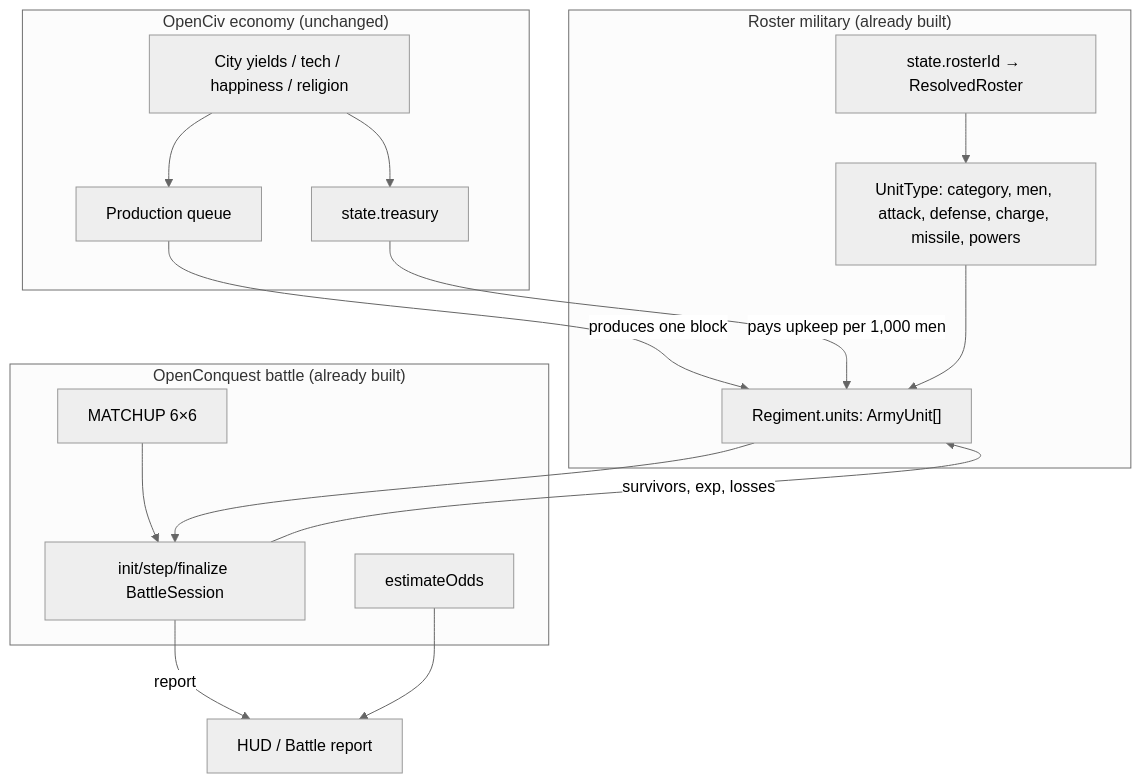
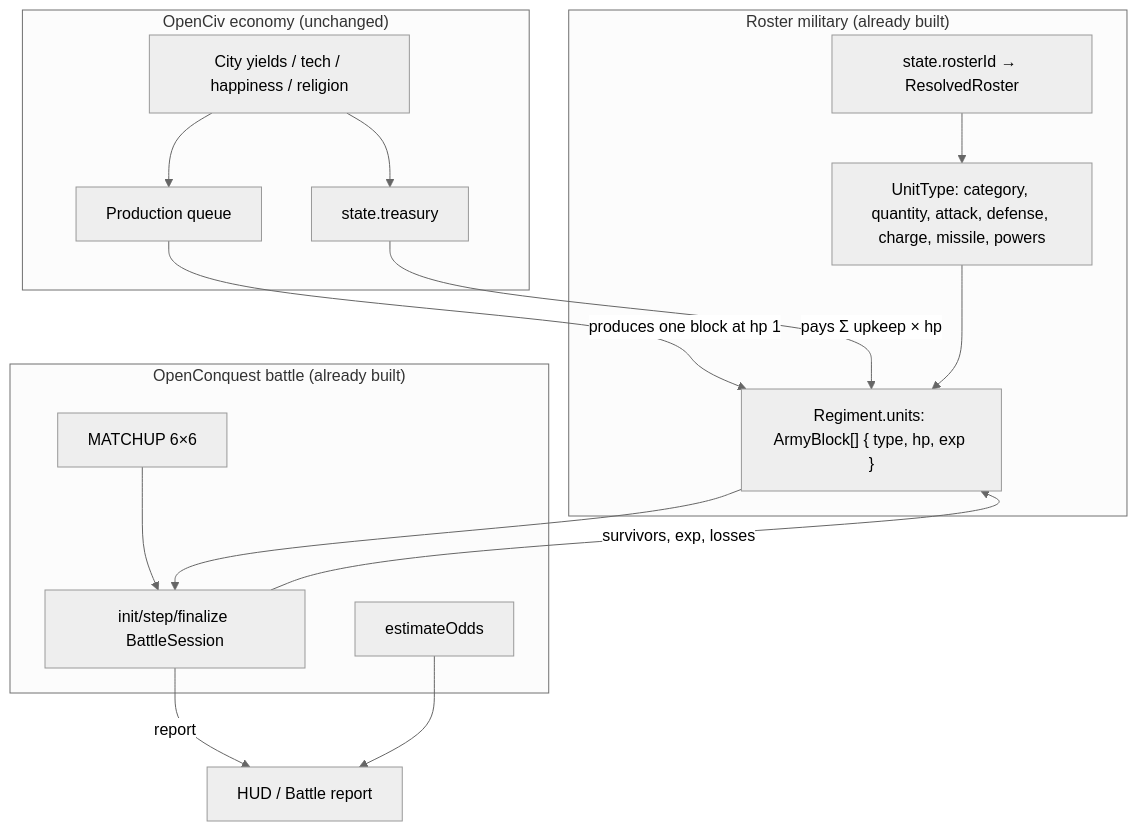
The diagram in docs/plans/living-openciv-armies.md (0xPaladin/Fantasy-Map-Generator), drawn with Mermaid (neutral theme) before and after one commit. The commit also changed other lines of this file, not shown here.

````diff
--- a/docs/plans/living-openciv-armies.md
+++ b/docs/plans/living-openciv-armies.md
@@ -70,32 +73,32 @@
 ```mermaid
 flowchart TD
   subgraph Economy["OpenCiv economy (unchanged)"]
     Y["City yields / tech / happiness / religion"]
     T["state.treasury"]
     P["Production queue"]
   end
 
   subgraph Roster["Roster military (already built)"]
     R["state.rosterId → ResolvedRoster"]
-    U["UnitType: category, men, attack, defense, charge, missile, powers"]
-    REG["Regiment.units: ArmyUnit[]"]
+    U["UnitType: category, quantity, attack, defense, charge, missile, powers"]
+    REG["Regiment.units: ArmyBlock[] { type, hp, exp }"]
   end
 
   subgraph War["OpenConquest battle (already built)"]
     M["MATCHUP 6×6"]
     B["init/step/finalize BattleSession"]
     O["estimateOdds"]
   end
 
-  P -->|"produces one block"| REG
-  T -->|"pays upkeep per 1,000 men"| REG
+  P -->|"produces one block at hp 1"| REG
+  T -->|"pays Σ upkeep × hp"| REG
   R --> U
   U --> REG
   REG --> B
   M --> B
   B -->|"survivors, exp, losses"| REG
   B -->|"report"| UI["HUD / Battle report"]
   O --> UI
   Y --> P
   Y --> T
 ```
````
